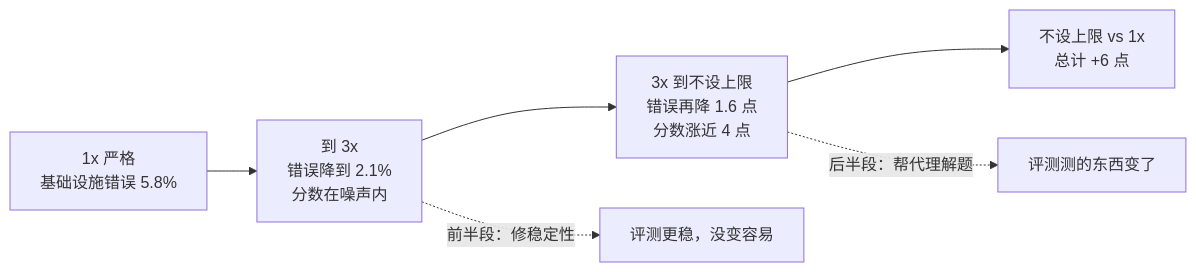
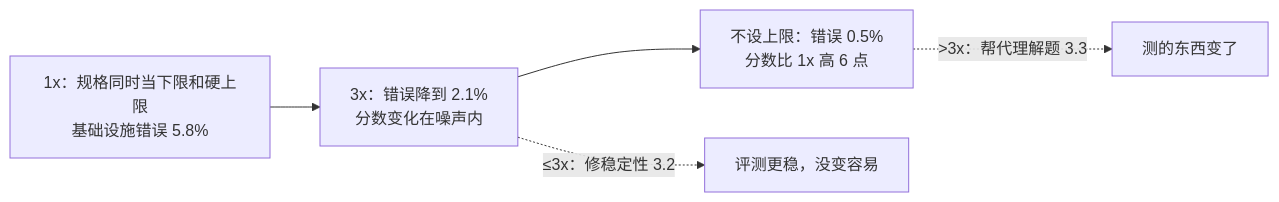
The diagram in docs/50-anthropic-infrastructure-noise.md (yzw7489757/ai-coding-videos), drawn with Mermaid before and after one commit. The commit also changed other lines of this file and 7 other files, not shown here.

````diff
--- a/docs/50-anthropic-infrastructure-noise.md
+++ b/docs/50-anthropic-infrastructure-noise.md
@@ -44,8 +63,7 @@
 ```mermaid
 flowchart LR
-    A["1x 严格<br/>基础设施错误 5.8%"] --> B["到 3x<br/>错误降到 2.1%<br/>分数在噪声内"]
-    B --> C["3x 到不设上限<br/>错误再降 1.6 点<br/>分数涨近 4 点"]
-    C --> D["不设上限 vs 1x<br/>总计 +6 点"]
-    B -. "前半段：修稳定性" .-> E["评测更稳，没变容易"]
-    C -. "后半段：帮代理解题" .-> F["评测测的东西变了"]
+  A["1x：规格同时当下限和硬上限<br/>基础设施错误 5.8%"] --> B["3x：错误降到 2.1%<br/>分数变化在噪声内"]
+  B --> C["不设上限：错误 0.5%<br/>分数比 1x 高 6 点"]
+  B -. "≤3x：修稳定性 3.2" .-> D["评测更稳，没变容易"]
+  C -. ">3x：帮代理解题 3.3" .-> E["测的东西变了"]
 ```
````
